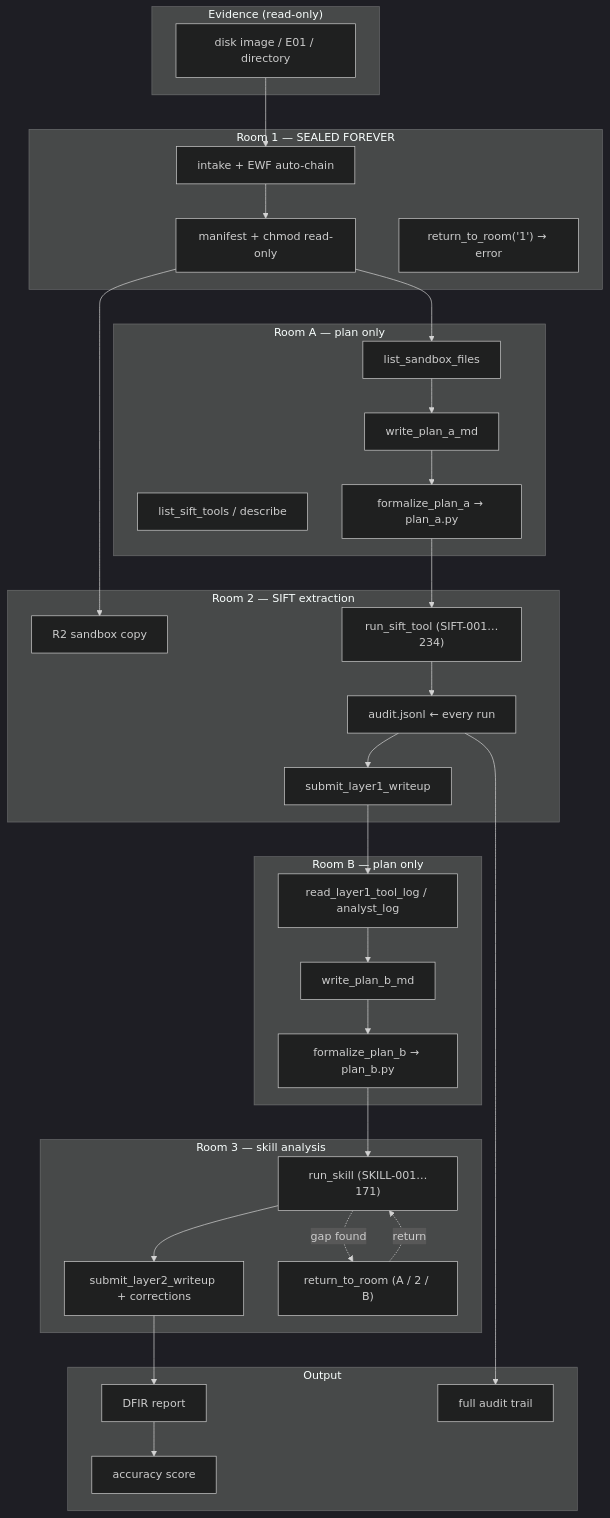
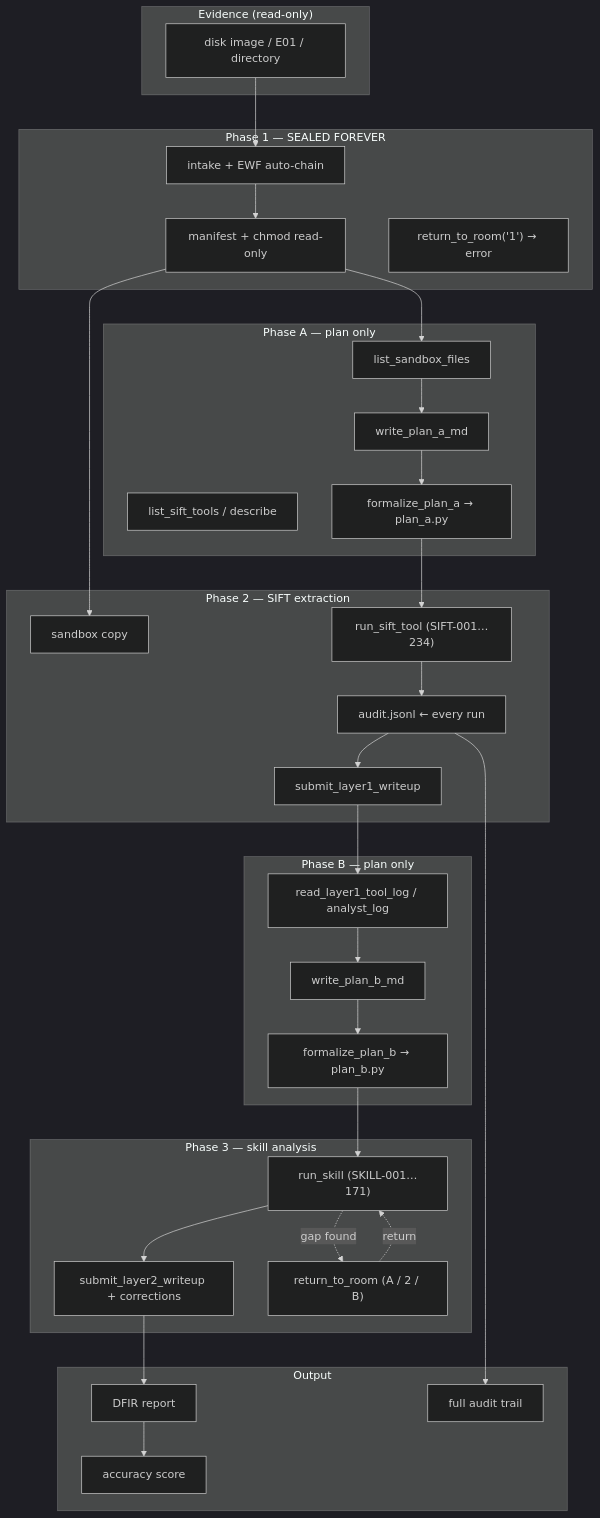
Before and after one commit to at-src/cold-box: the diagram in README.md, drawn with Mermaid (dark theme). The commit also changed other lines of this file, not shown here.

Commit message:
Drop room analogy, reframe as senior analyst, clean up judge-facing language

````diff
--- a/README.md
+++ b/README.md
@@ -112,53 +112,53 @@
 ```mermaid
 flowchart TB
   subgraph evidence["Evidence (read-only)"]
     E01["disk image / E01 / directory"]
   end
 
-  subgraph room1["Room 1 — SEALED FOREVER"]
+  subgraph phase1["Phase 1 — SEALED FOREVER"]
     INT["intake + EWF auto-chain"]
     SEAL["manifest + chmod read-only"]
     LOCK["return_to_room('1') → error"]
   end
 
-  subgraph rooma["Room A — plan only"]
+  subgraph phaseA["Phase A — plan only"]
     LSF["list_sandbox_files"]
     LST["list_sift_tools / describe"]
     WPA["write_plan_a_md"]
     FPA["formalize_plan_a → plan_a.py"]
   end
 
-  subgraph room2["Room 2 — SIFT extraction"]
-    SBX["R2 sandbox copy"]
+  subgraph phase2["Phase 2 — SIFT extraction"]
+    SBX["sandbox copy"]
     RST["run_sift_tool (SIFT-001…234)"]
     AUD["audit.jsonl ← every run"]
     SL1["submit_layer1_writeup"]
   end
 
-  subgraph roomb["Room B — plan only"]
+  subgraph phaseB["Phase B — plan only"]
     RL1["read_layer1_tool_log / analyst_log"]
     WPB["write_plan_b_md"]
     FPB["formalize_plan_b → plan_b.py"]
   end
 
-  subgraph room3["Room 3 — skill analysis"]
+  subgraph phase3["Phase 3 — skill analysis"]
     RSK["run_skill (SKILL-001…171)"]
     SL2["submit_layer2_writeup + corrections"]
     RTR["return_to_room (A / 2 / B)"]
   end
 
   subgraph out["Output"]
     REP["DFIR report"]
     ACC["accuracy score"]
     TRAIL["full audit trail"]
   end
 
   E01 --> INT --> SEAL --> LSF
   SEAL --> SBX
   LSF --> WPA --> FPA --> RST
   RST --> AUD --> SL1 --> RL1
   RL1 --> WPB --> FPB --> RSK
   RSK --> SL2 --> REP --> ACC
   RSK -.->|gap found| RTR -.->|return| RSK
   AUD --> TRAIL
 ```
````
